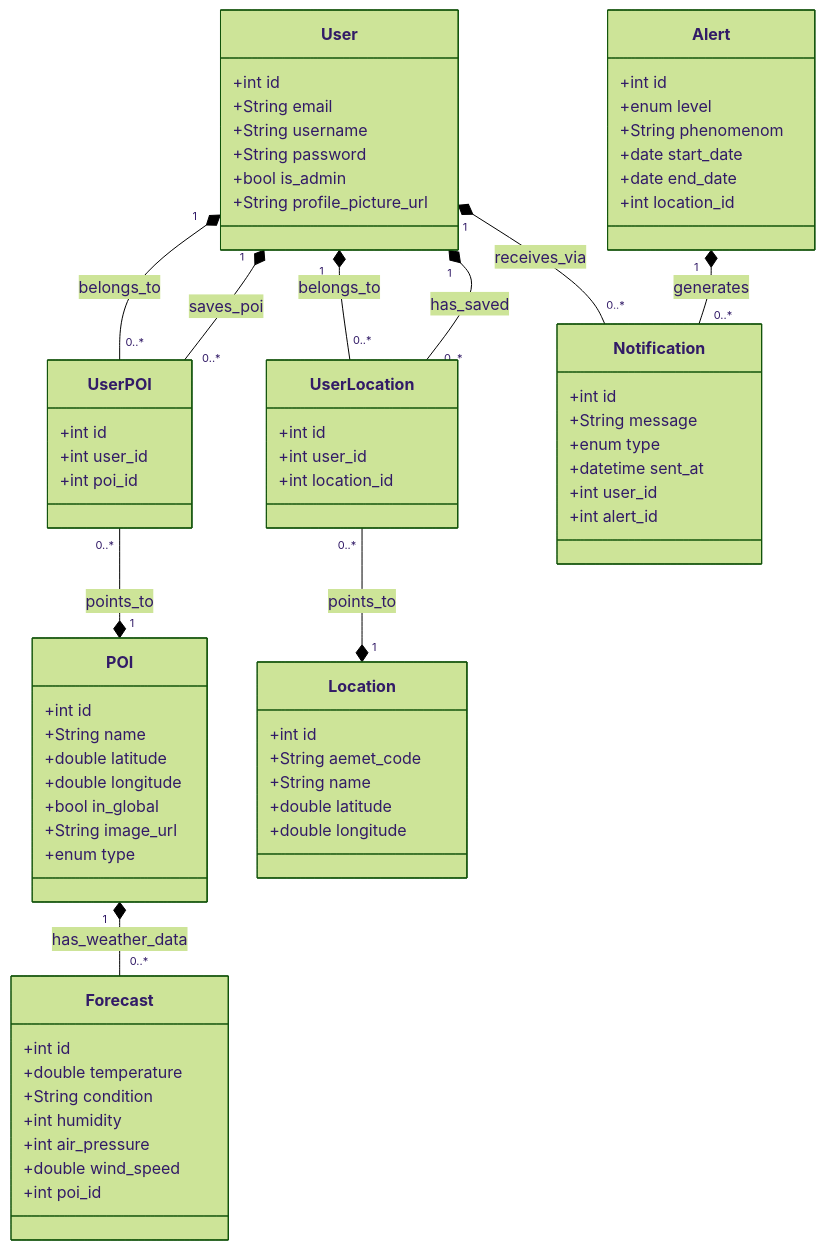
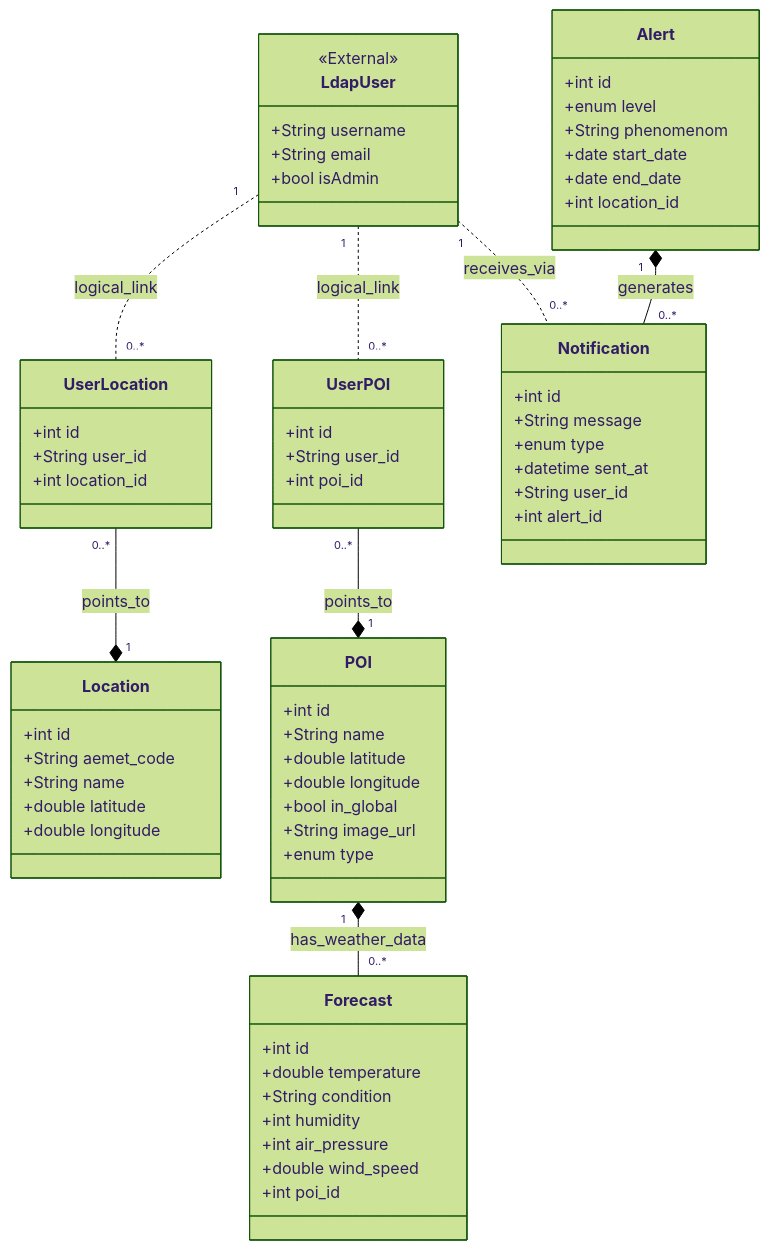
One commit to aangelo21/canary-weather changed the second of 3 diagrams in docs/DIAGRAMS.md. Above: the diagram before and after it, drawn with Mermaid (forest theme). The commit also changed other lines of this file and 5 other files, not shown here.

Commit message:
docs: update documentation for authentication, database, and architecture

````diff
--- a/docs/DIAGRAMS.md
+++ b/docs/DIAGRAMS.md
@@ -36,13 +36,11 @@
 ```mermaid
 classDiagram
-    class User {
-        +int id
+    class LdapUser {
+        +String username
         +String email
-        +String username
-        +String password
-        +bool is_admin
-        +String profile_picture_url
+        +bool isAdmin
     }
+    <<External>> LdapUser
     
     class POI {
         +int id
@@ -83,13 +81,13 @@
 
     class UserLocation {
         +int id
-        +int user_id
+        +String user_id
         +int location_id
     }
     
     class UserPOI {
         +int id
-        +int user_id
+        +String user_id
         +int poi_id
     }
     
@@ -98,21 +96,19 @@
         +String message
         +enum type
         +datetime sent_at
-        +int user_id
+        +String user_id
         +int alert_id
     }
     
-    User "1" *-- "0..*" UserLocation : has_saved
-    User "1" *-- "0..*" UserPOI : saves_poi
+    LdapUser "1" .. "0..*" UserLocation : logical_link
+    LdapUser "1" .. "0..*" UserPOI : logical_link
     
     POI "1" *-- "0..*" Forecast : has_weather_data 
     
-    UserLocation "0..*" --* "1" User : belongs_to
     UserLocation "0..*" --* "1" Location : points_to
 
-    UserPOI "0..*" --* "1" User : belongs_to
     UserPOI "0..*" --* "1" POI : points_to
     
     Alert "1" *-- "0..*" Notification : generates
-    User "1" *-- "0..*" Notification : receives_via
+    LdapUser "1" .. "0..*" Notification : receives_via
 ```
````
